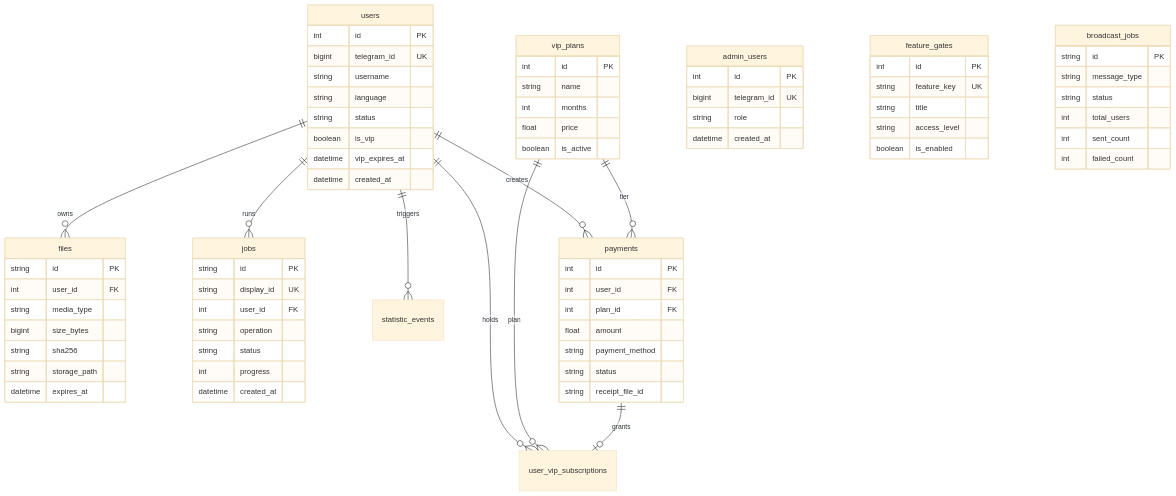
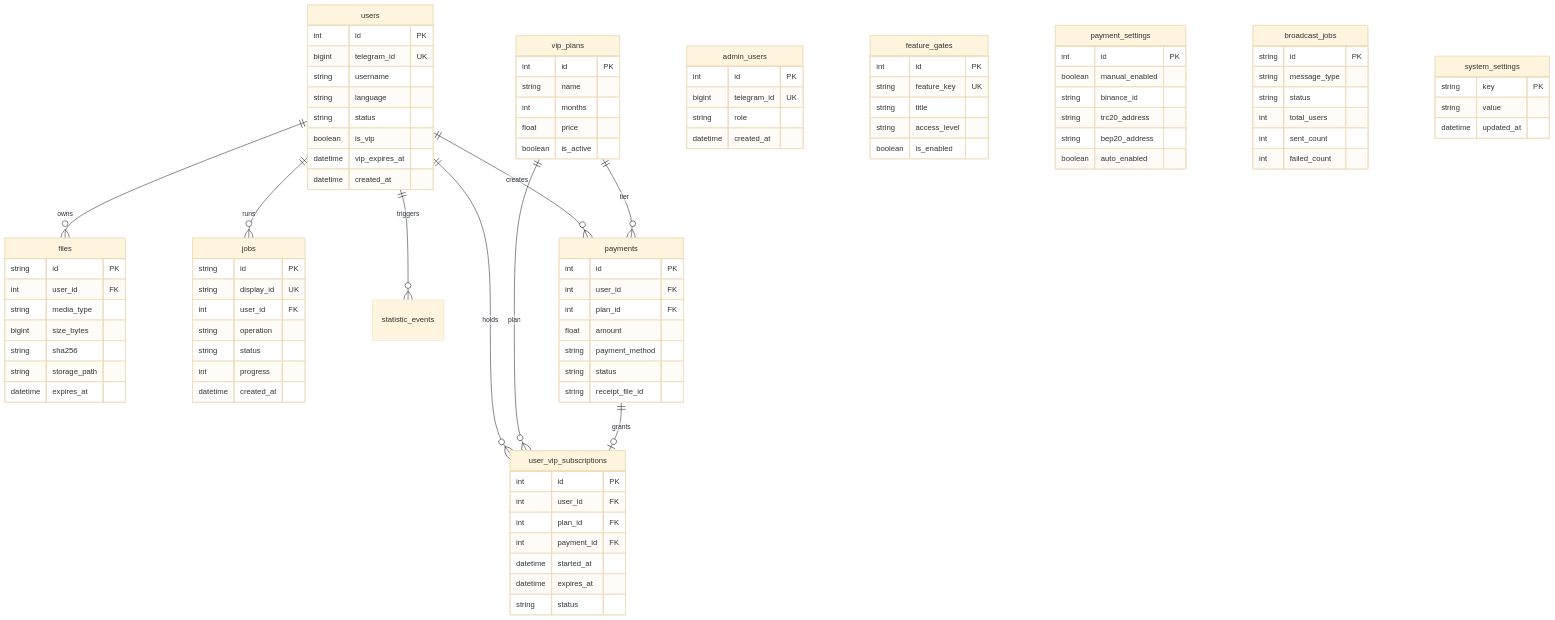
The seventh of 8 diagrams in README.md (mrVXBoT/FastTGConvert_bot), drawn with Mermaid (base theme) before and after one commit. The commit also changed other lines of this file, not shown here.

````diff
--- a/README.md
+++ b/README.md
@@ -164,6 +380,15 @@
         boolean is_active
     }
 
+    payment_settings {
+        int id PK
+        boolean manual_enabled
+        string binance_id
+        string trc20_address
+        string bep20_address
+        boolean auto_enabled
+    }
+
     payments {
         int id PK
         int user_id FK
@@ -174,6 +399,16 @@
         string receipt_file_id
     }
 
+    user_vip_subscriptions {
+        int id PK
+        int user_id FK
+        int plan_id FK
+        int payment_id FK
+        datetime started_at
+        datetime expires_at
+        string status
+    }
+
     broadcast_jobs {
         string id PK
         string message_type
@@ -182,4 +417,10 @@
         int sent_count
         int failed_count
     }
+
+    system_settings {
+        string key PK
+        string value
+        datetime updated_at
+    }
 ```
````
